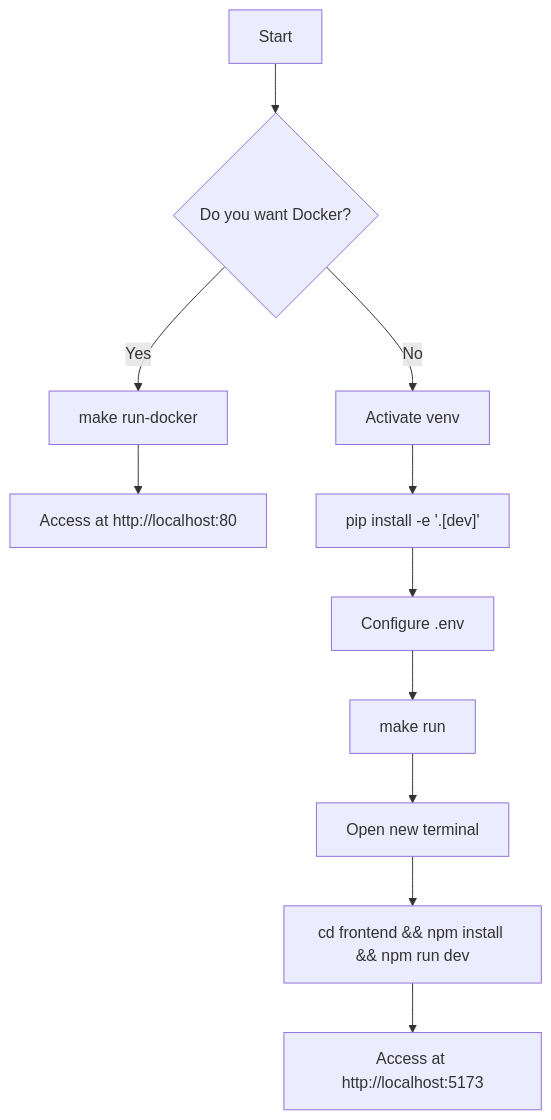
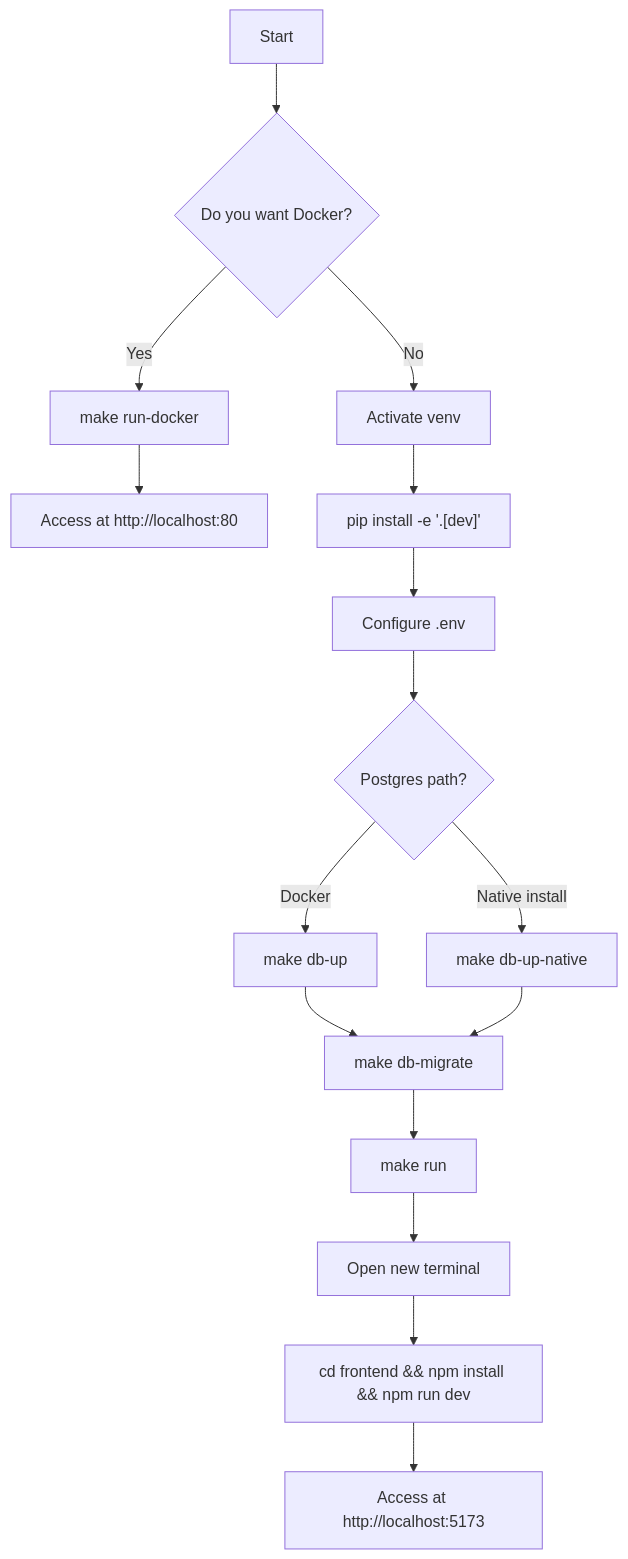
One commit to myckhel/prodigon changed the diagram in architecture/getting-started.md. Above: the diagram before and after it, drawn with Mermaid. The commit also changed other lines of this file and 8 other files, not shown here.

Commit message:
prodigon V1: update architecture refs

````diff
--- a/architecture/getting-started.md
+++ b/architecture/getting-started.md
@@ -255,13 +341,18 @@
 ```mermaid
 flowchart TD
     A[Start] --> B{Do you want Docker?}
     B -->|Yes| C["make run-docker"]
     C --> D["Access at http://localhost:80"]
     B -->|No| E["Activate venv"]
     E --> F["pip install -e '.[dev]'"]
     F --> G["Configure .env"]
-    G --> H["make run"]
+    G --> PG{Postgres path?}
+    PG -->|Docker| PG1["make db-up"]
+    PG -->|Native install| PG2["make db-up-native"]
+    PG1 --> MIG["make db-migrate"]
+    PG2 --> MIG
+    MIG --> H["make run"]
     H --> I["Open new terminal"]
     I --> J["cd frontend && npm install && npm run dev"]
     J --> K["Access at http://localhost:5173"]
 ```
````
